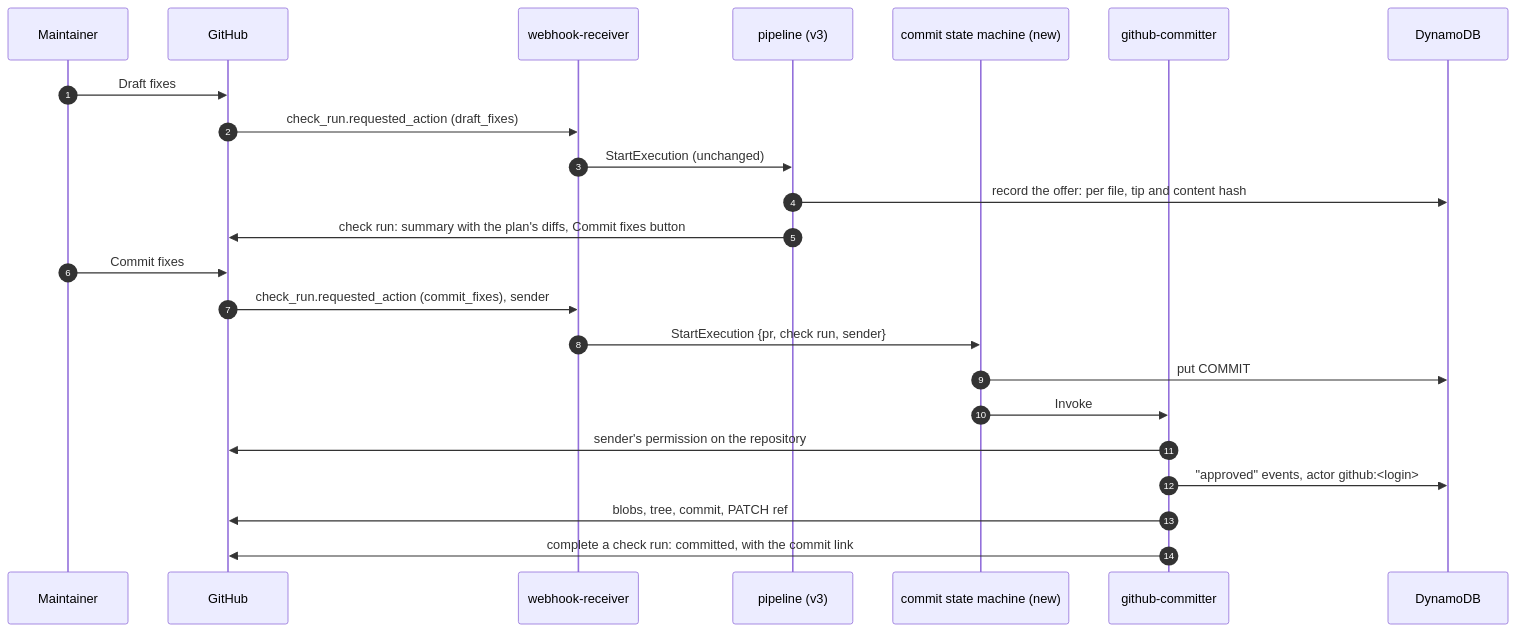
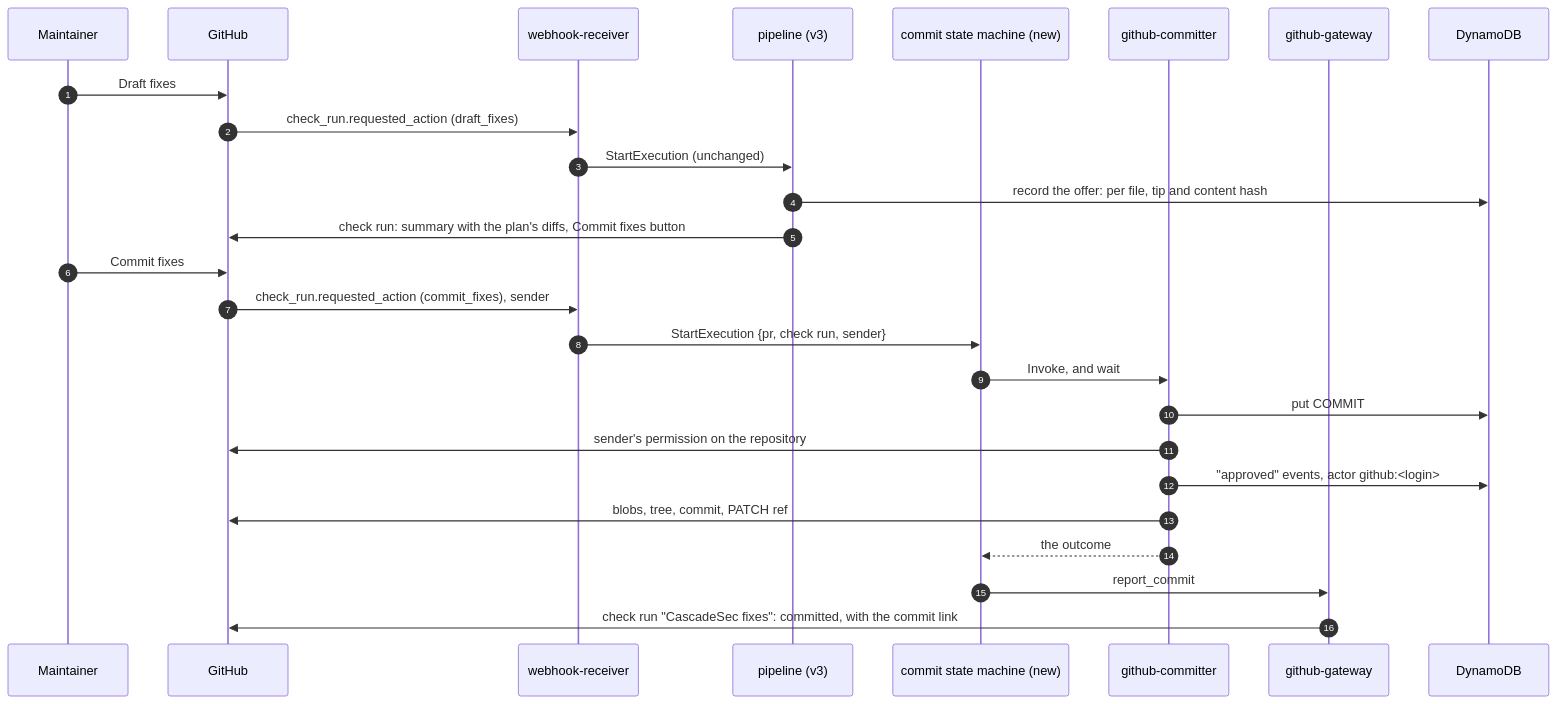
One commit to konradkelly/CascadeSec changed the diagram in docs/github-first-review-spec.md. Above: the diagram before and after it, drawn with Mermaid. The commit also changed other lines of this file and 2 other files, not shown here.

````diff
--- a/docs/github-first-review-spec.md
+++ b/docs/github-first-review-spec.md
@@ -57,26 +59,29 @@
 ```mermaid
 sequenceDiagram
     autonumber
     participant M as Maintainer
     participant GH as GitHub
     participant W as webhook-receiver
     participant P as pipeline (v3)
     participant S as commit state machine (new)
     participant C as github-committer
+    participant G as github-gateway
     participant DB as DynamoDB
 
     M->>GH: Draft fixes
     GH->>W: check_run.requested_action (draft_fixes)
     W->>P: StartExecution (unchanged)
     P->>DB: record the offer: per file, tip and content hash
     P->>GH: check run: summary with the plan's diffs, Commit fixes button
     M->>GH: Commit fixes
     GH->>W: check_run.requested_action (commit_fixes), sender
     W->>S: StartExecution {pr, check run, sender}
-    S->>DB: put COMMIT# (source github, sender)
-    S->>C: Invoke
+    S->>C: Invoke, and wait
+    C->>DB: put COMMIT# (source github, sender, the offer as confirmed)
     C->>GH: sender's permission on the repository
     C->>DB: "approved" events, actor github:<login>
     C->>GH: blobs, tree, commit, PATCH ref
-    C->>GH: complete a check run: committed, with the commit link
+    C-->>S: the outcome
+    S->>G: report_commit
+    G->>GH: check run "CascadeSec fixes": committed, with the commit link
 ```
````
